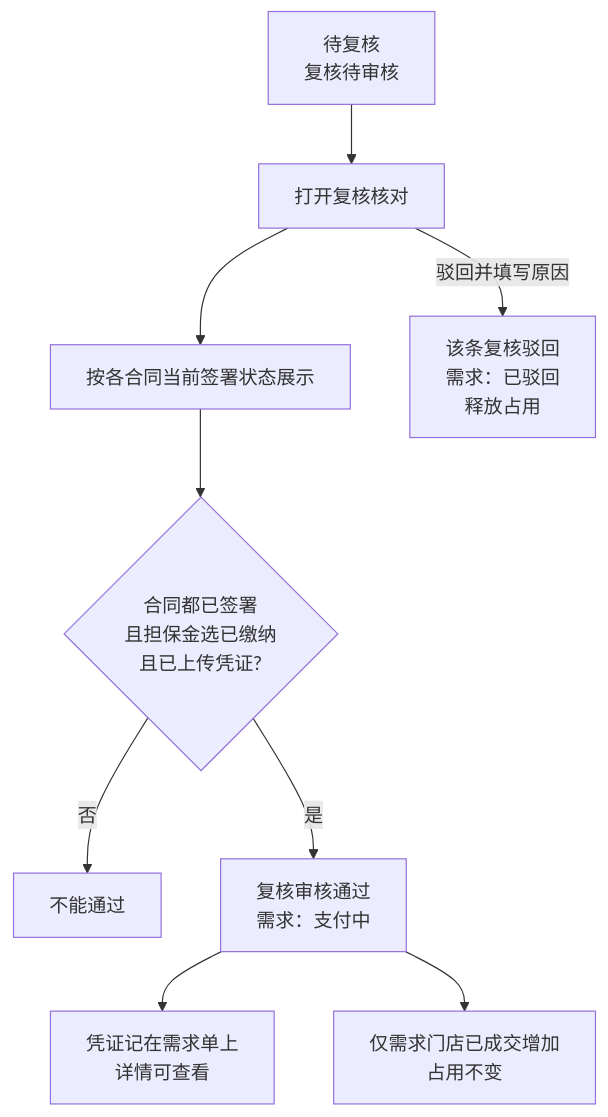
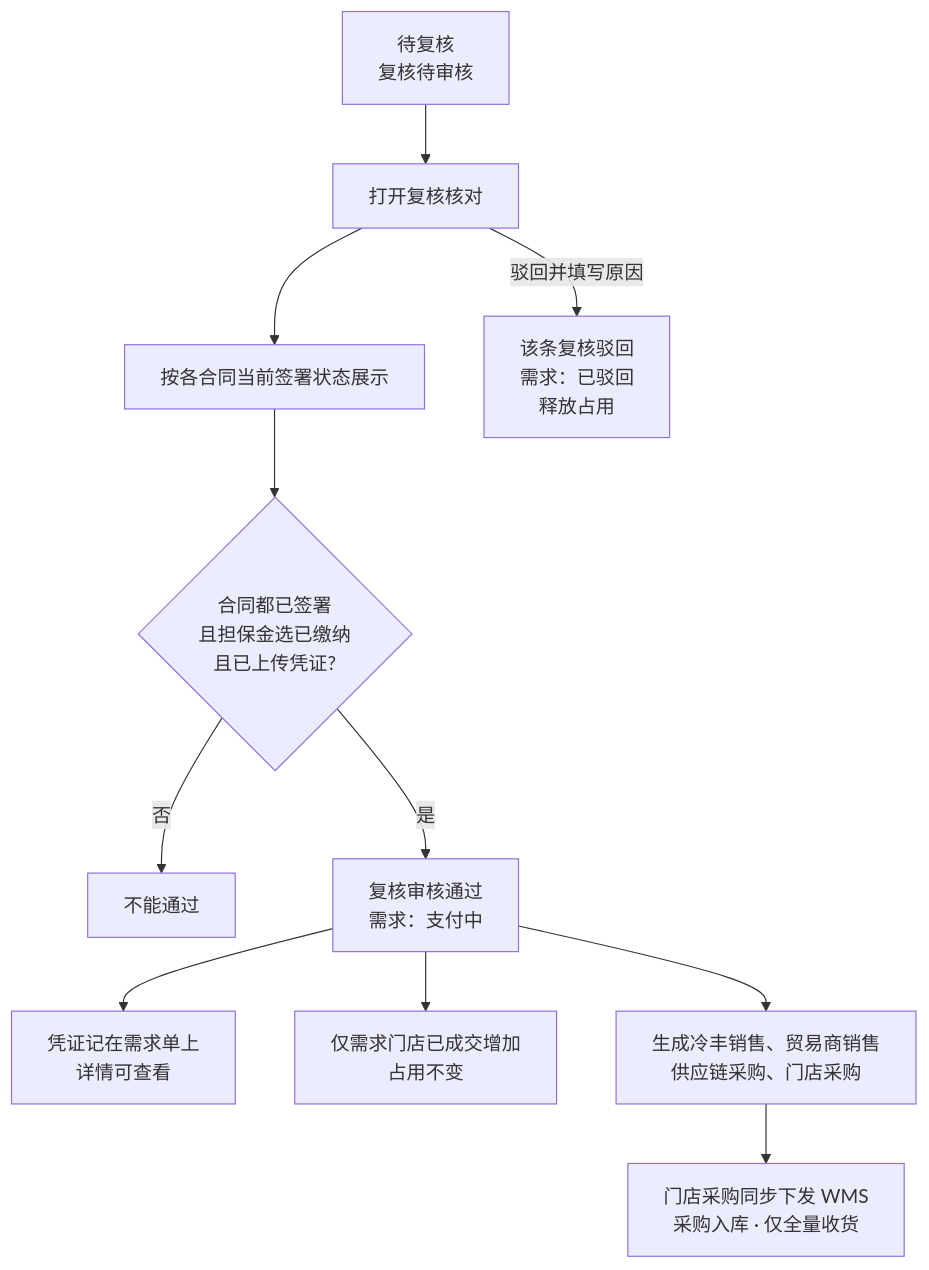
One commit to 342-droid/LFerp changed the seventh of 7 diagrams in RBT/docs/整体业务流程图.md. Above: the diagram before and after it, drawn with Mermaid. The commit also changed other lines of this file and 33 other files, not shown here.

````diff
--- a/RBT/docs/整体业务流程图.md
+++ b/RBT/docs/整体业务流程图.md
@@ -176,11 +178,13 @@
 ```mermaid
 flowchart TB
   V0[待复核<br/>复核待审核] --> V1[打开复核核对]
   V1 --> V2[按各合同当前签署状态展示]
   V2 --> V3{合同都已签署<br/>且担保金选已缴纳<br/>且已上传凭证?}
   V3 -->|否| V4[不能通过]
   V3 -->|是| V5[复核审核通过<br/>需求：支付中]
   V5 --> V6[凭证记在需求单上<br/>详情可查看]
   V5 --> V7[仅需求门店已成交增加<br/>占用不变]
+  V5 --> V9[生成冷丰销售、贸易商销售<br/>供应链采购、门店采购]
+  V9 --> V10[门店采购同步下发 WMS<br/>采购入库 · 仅全量收货]
   V1 -->|驳回并填写原因| V8[该条复核驳回<br/>需求：已驳回<br/>释放占用]
 ```
````
